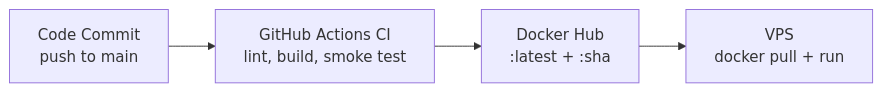
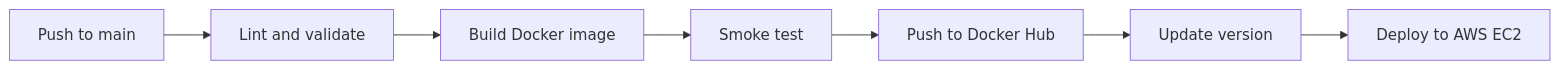
Before and after one commit to Ponkoog-roy/devops-task: the diagram in README.md, drawn with Mermaid. The commit also changed other lines of this file, not shown here.

````diff
--- a/README.md
+++ b/README.md
@@ -46,6 +124,9 @@
 ```mermaid
 flowchart LR
-  A[Code Commit<br/>push to main] --> B[GitHub Actions CI<br/>lint, build, smoke test]
-  B --> C[Docker Hub<br/>:latest + :sha]
-  C --> D[VPS<br/>docker pull + run]
+    A[Push to main] --> B[Lint and validate]
+    B --> C[Build Docker image]
+    C --> D[Smoke test]
+    D --> E[Push to Docker Hub]
+    E --> F[Update version]
+    F --> G[Deploy to AWS EC2]
 ```
````
